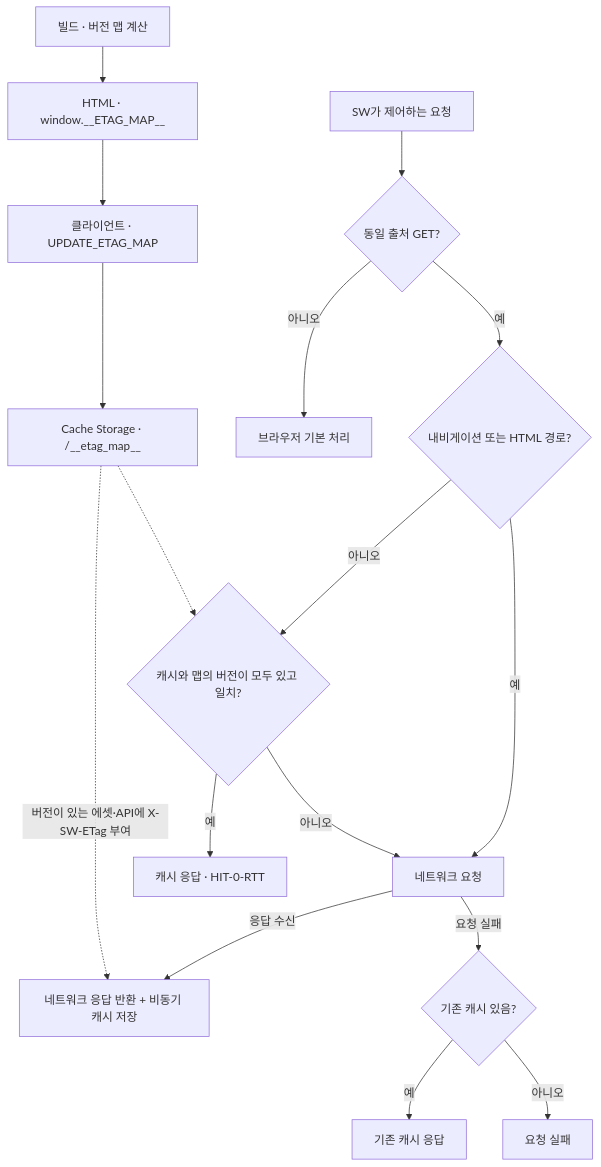
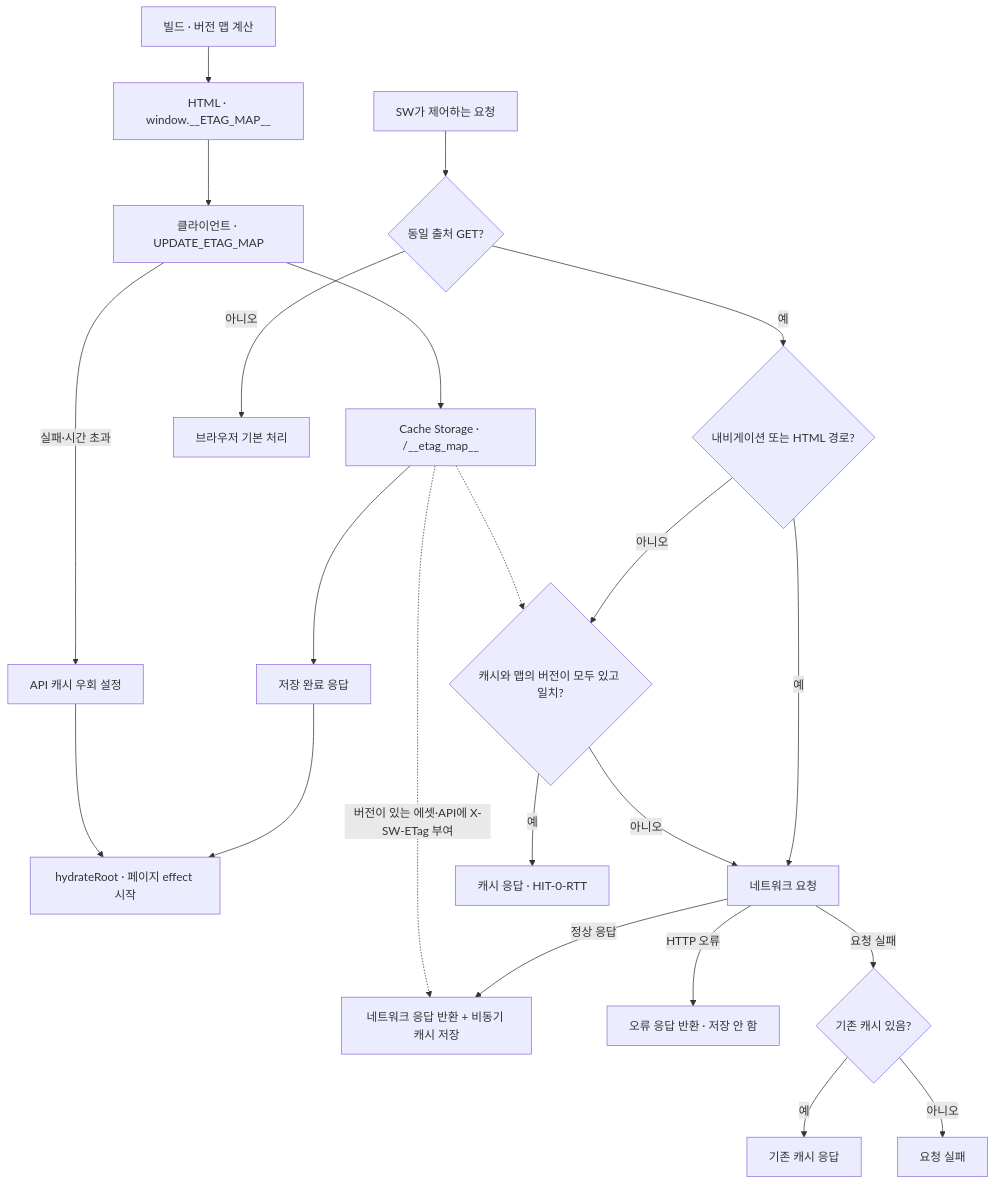
The first of 2 diagrams in docs/ETag-Map.md (tomatoM4to/tomatoM4to.github.io), drawn with Mermaid before and after one commit. The commit also changed other lines of this file and 15 other files, not shown here.

````diff
--- a/docs/ETag-Map.md
+++ b/docs/ETag-Map.md
@@ -16,20 +19,25 @@
 ```mermaid
 flowchart TD
     Build["빌드 · 버전 맵 계산"] --> HTML["HTML · window.__ETAG_MAP__"]
     HTML --> Client["클라이언트 · UPDATE_ETAG_MAP"]
     Client --> Map["Cache Storage · /__etag_map__"]
+    Map --> Ack["저장 완료 응답"]
+    Ack --> Hydrate["hydrateRoot · 페이지 effect 시작"]
+    Client -->|실패·시간 초과| Bypass["API 캐시 우회 설정"]
+    Bypass --> Hydrate
 
     Request["SW가 제어하는 요청"] --> Scope{"동일 출처 GET?"}
     Scope -->|아니오| Browser["브라우저 기본 처리"]
     Scope -->|예| Nav{"내비게이션 또는 HTML 경로?"}
     Nav -->|예| Network["네트워크 요청"]
     Nav -->|아니오| Match{"캐시와 맵의 버전이 모두 있고 일치?"}
     Map -.-> Match
     Match -->|예| Hit["캐시 응답 · HIT-0-RTT"]
     Match -->|아니오| Network
-    Network -->|응답 수신| Save["네트워크 응답 반환 + 비동기 캐시 저장"]
+    Network -->|정상 응답| Save["네트워크 응답 반환 + 비동기 캐시 저장"]
+    Network -->|HTTP 오류| HttpError["오류 응답 반환 · 저장 안 함"]
     Map -.->|버전이 있는 에셋·API에 X-SW-ETag 부여| Save
     Network -->|요청 실패| Cached{"기존 캐시 있음?"}
     Cached -->|예| Fallback["기존 캐시 응답"]
     Cached -->|아니오| Error["요청 실패"]
 ```
````
